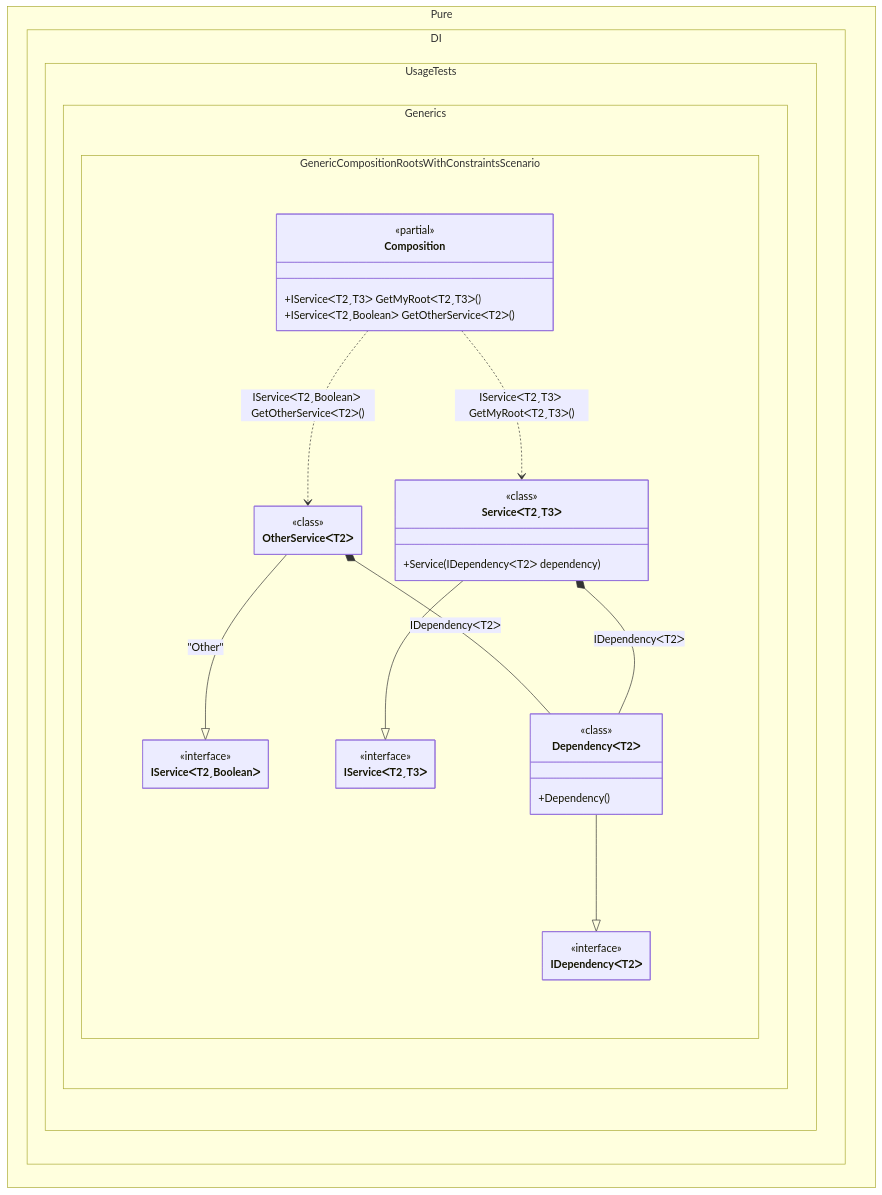
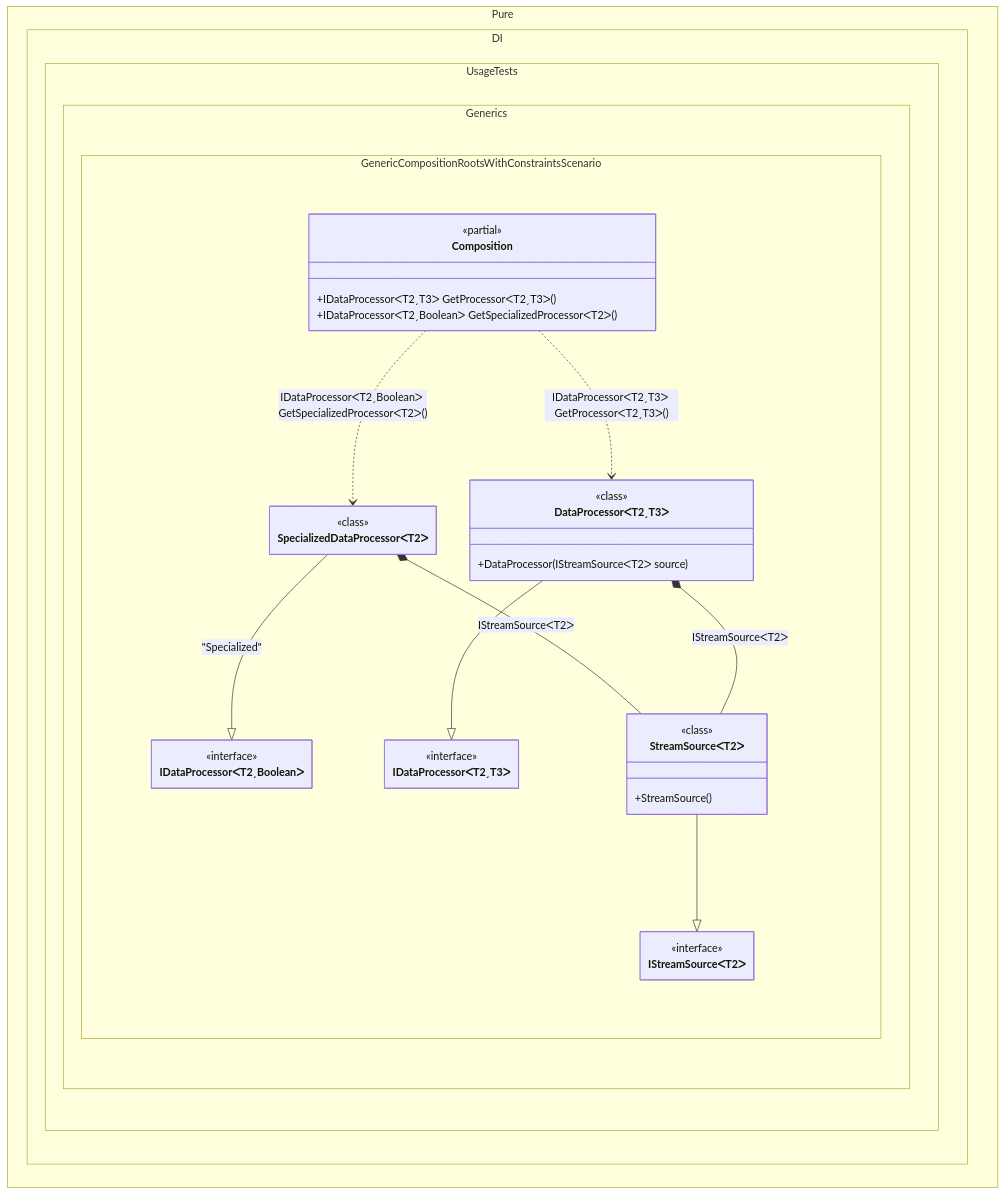
Before and after one commit to DevTeam/Pure.DI: the diagram in readme/generic-composition-roots-with-constraints.md, drawn with Mermaid. The commit also changed other lines of this file and 126 other files, not shown here.

````diff
--- a/readme/generic-composition-roots-with-constraints.md
+++ b/readme/generic-composition-roots-with-constraints.md
@@ -124,44 +126,44 @@
 ```mermaid
 ---
  config:
   maxTextSize: 2147483647
   maxEdges: 2147483647
   class:
    hideEmptyMembersBox: true
 ---
 classDiagram
-	OtherServiceᐸT2ᐳ --|> IServiceᐸT2ˏBooleanᐳ : "Other" 
-	ServiceᐸT2ˏT3ᐳ --|> IServiceᐸT2ˏT3ᐳ
-	DependencyᐸT2ᐳ --|> IDependencyᐸT2ᐳ
-	Composition ..> OtherServiceᐸT2ᐳ : IServiceᐸT2ˏBooleanᐳ GetOtherServiceᐸT2ᐳ()
-	Composition ..> ServiceᐸT2ˏT3ᐳ : IServiceᐸT2ˏT3ᐳ GetMyRootᐸT2ˏT3ᐳ()
-	OtherServiceᐸT2ᐳ *--  DependencyᐸT2ᐳ : IDependencyᐸT2ᐳ
-	ServiceᐸT2ˏT3ᐳ *--  DependencyᐸT2ᐳ : IDependencyᐸT2ᐳ
+	SpecializedDataProcessorᐸT2ᐳ --|> IDataProcessorᐸT2ˏBooleanᐳ : "Specialized" 
+	DataProcessorᐸT2ˏT3ᐳ --|> IDataProcessorᐸT2ˏT3ᐳ
+	StreamSourceᐸT2ᐳ --|> IStreamSourceᐸT2ᐳ
+	Composition ..> SpecializedDataProcessorᐸT2ᐳ : IDataProcessorᐸT2ˏBooleanᐳ GetSpecializedProcessorᐸT2ᐳ()
+	Composition ..> DataProcessorᐸT2ˏT3ᐳ : IDataProcessorᐸT2ˏT3ᐳ GetProcessorᐸT2ˏT3ᐳ()
+	SpecializedDataProcessorᐸT2ᐳ *--  StreamSourceᐸT2ᐳ : IStreamSourceᐸT2ᐳ
+	DataProcessorᐸT2ˏT3ᐳ *--  StreamSourceᐸT2ᐳ : IStreamSourceᐸT2ᐳ
 	namespace Pure.DI.UsageTests.Generics.GenericCompositionRootsWithConstraintsScenario {
 		class Composition {
 		<<partial>>
-		+IServiceᐸT2ˏT3ᐳ GetMyRootᐸT2ˏT3ᐳ()
-		+IServiceᐸT2ˏBooleanᐳ GetOtherServiceᐸT2ᐳ()
+		+IDataProcessorᐸT2ˏT3ᐳ GetProcessorᐸT2ˏT3ᐳ()
+		+IDataProcessorᐸT2ˏBooleanᐳ GetSpecializedProcessorᐸT2ᐳ()
 		}
-		class DependencyᐸT2ᐳ {
+		class DataProcessorᐸT2ˏT3ᐳ {
 				<<class>>
-			+Dependency()
+			+DataProcessor(IStreamSourceᐸT2ᐳ source)
 		}
-		class IDependencyᐸT2ᐳ {
+		class IDataProcessorᐸT2ˏBooleanᐳ {
 			<<interface>>
 		}
-		class IServiceᐸT2ˏBooleanᐳ {
+		class IDataProcessorᐸT2ˏT3ᐳ {
 			<<interface>>
 		}
-		class IServiceᐸT2ˏT3ᐳ {
+		class IStreamSourceᐸT2ᐳ {
 			<<interface>>
 		}
-		class OtherServiceᐸT2ᐳ {
+		class SpecializedDataProcessorᐸT2ᐳ {
 				<<class>>
 		}
-		class ServiceᐸT2ˏT3ᐳ {
+		class StreamSourceᐸT2ᐳ {
 				<<class>>
-			+Service(IDependencyᐸT2ᐳ dependency)
+			+StreamSource()
 		}
 	}
 ```
````
